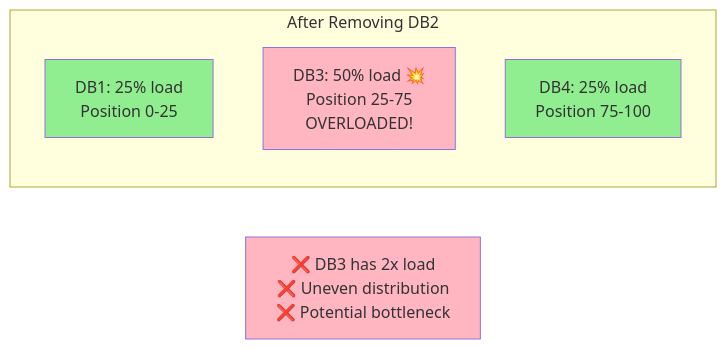
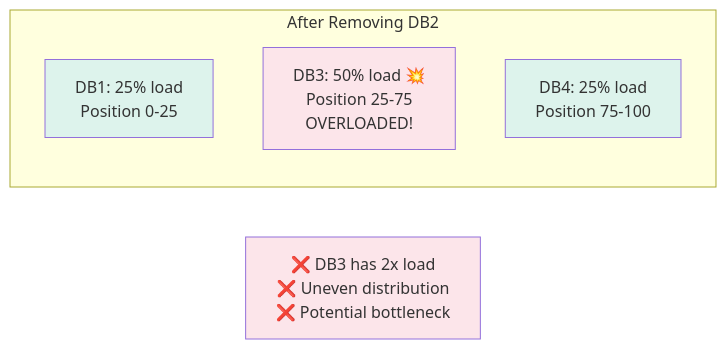
One commit to cartmancodes/InterviewVault changed diagram 18 of 34 in LLD/CoreConcepts/ConsistentHashing.md. Above: the diagram before and after it, drawn with Mermaid. The commit also changed other lines of this file and 679 other files, not shown here.

Commit message:
Unify content diagrams and add accessible visual walkthroughs

````diff
--- a/LLD/CoreConcepts/ConsistentHashing.md
+++ b/LLD/CoreConcepts/ConsistentHashing.md
@@ -467,15 +467,15 @@
 ```mermaid
 graph LR
     subgraph "After Removing DB2"
         DB1[DB1: 25% load<br/>Position 0-25]
         DB3[DB3: 50% load 💥<br/>Position 25-75<br/>OVERLOADED!]
         DB4[DB4: 25% load<br/>Position 75-100]
     end
     
     NOTE[❌ DB3 has 2x load<br/>❌ Uneven distribution<br/>❌ Potential bottleneck]
     
-    style DB1 fill:#90EE90
-    style DB3 fill:#FFB6C1
-    style DB4 fill:#90EE90
-    style NOTE fill:#FFB6C1
+    style DB1 fill:#DDF3EC
+    style DB3 fill:#FCE5EA
+    style DB4 fill:#DDF3EC
+    style NOTE fill:#FCE5EA
 ```
````
